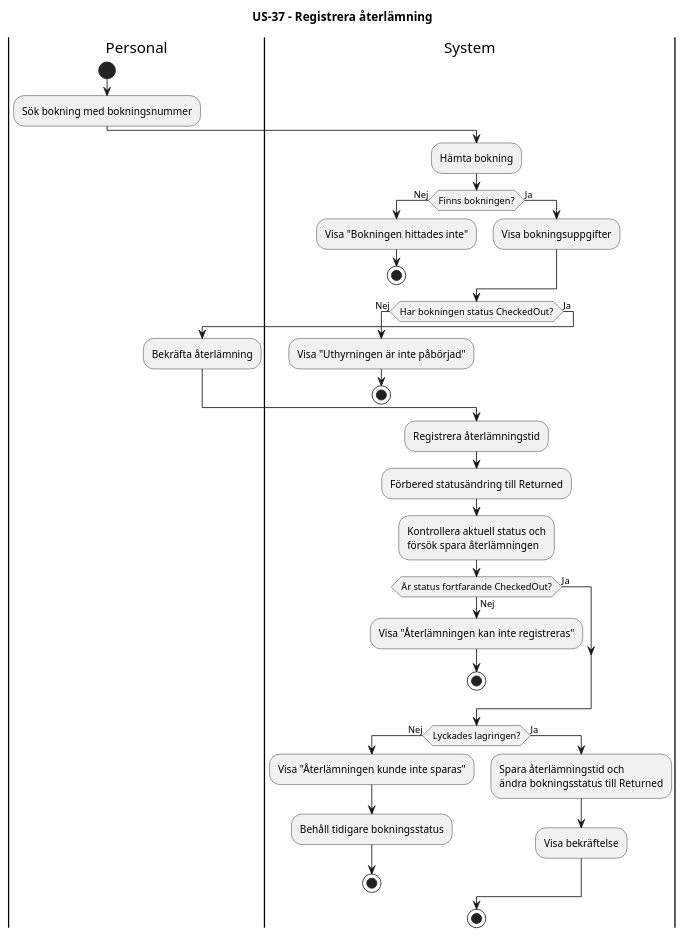
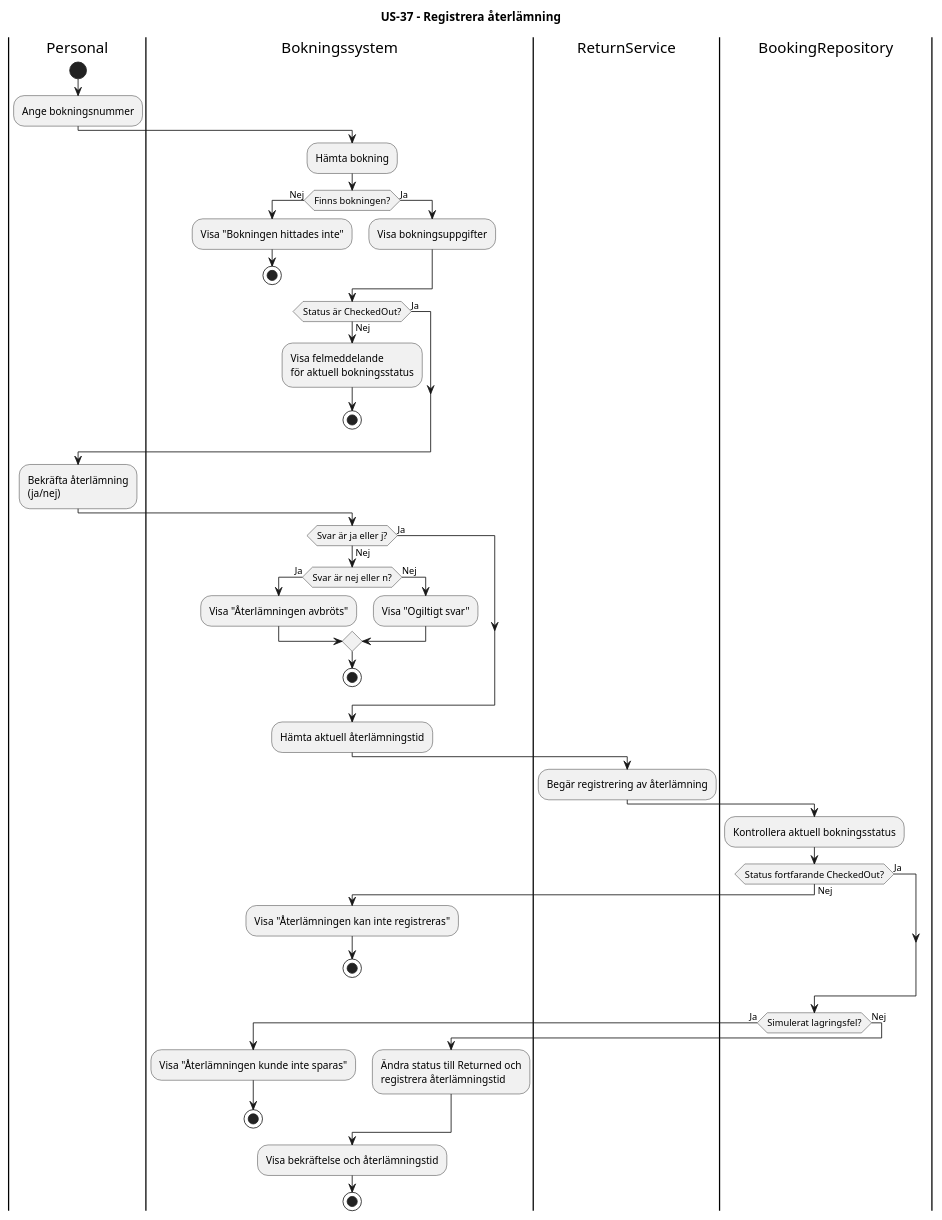
The diagram in SXX.BookingSystem/docs/uml/US-37-aktivitetsdiagram.puml (Peida-lab/SXX-BookingSystem-Individual), drawn with PlantUML before and after one commit.

Commit message:
Update activity diagram to match implementation

```diff
--- a/SXX.BookingSystem/docs/uml/US-37-aktivitetsdiagram.puml
+++ b/SXX.BookingSystem/docs/uml/US-37-aktivitetsdiagram.puml
@@ -2,50 +2,71 @@
 @startuml
 title US-37 - Registrera återlämning
 
+skinparam shadowing false
+
 |Personal|
 start
-:Sök bokning med bokningsnummer;
+:Ange bokningsnummer;
 
-|System|
+|Bokningssystem|
 :Hämta bokning;
 
 if (Finns bokningen?) then (Nej)
-  :Visa "Bokningen hittades inte";
-  stop
+    :Visa "Bokningen hittades inte";
+    stop
 else (Ja)
-  :Visa bokningsuppgifter;
+    :Visa bokningsuppgifter;
 endif
 
-if (Har bokningen status CheckedOut?) then (Nej)
-  :Visa "Uthyrningen är inte påbörjad";
-  stop
-else (Ja)
-  |Personal|
-  :Bekräfta återlämning;
-endif
-
-|System|
-:Registrera återlämningstid;
-:Förbered statusändring till Returned;
-
-:Kontrollera aktuell status och
-försök spara återlämningen;
-
-if (Är status fortfarande CheckedOut?) then (Nej)
-  :Visa "Återlämningen kan inte registreras";
-  stop
+if (Status är CheckedOut?) then (Nej)
+    :Visa felmeddelande
+    för aktuell bokningsstatus;
+    stop
 else (Ja)
 endif
 
-if (Lyckades lagringen?) then (Nej)
-  :Visa "Återlämningen kunde inte sparas";
-  :Behåll tidigare bokningsstatus;
-  stop
+|Personal|
+:Bekräfta återlämning
+(ja/nej);
+
+|Bokningssystem|
+if (Svar är ja eller j?) then (Nej)
+    if (Svar är nej eller n?) then (Ja)
+        :Visa "Återlämningen avbröts";
+    else (Nej)
+        :Visa "Ogiltigt svar";
+    endif
+    stop
 else (Ja)
-  :Spara återlämningstid och
-ändra bokningsstatus till Returned;
-  :Visa bekräftelse;
 endif
+
+:Hämta aktuell återlämningstid;
+
+|ReturnService|
+:Begär registrering av återlämning;
+
+|BookingRepository|
+:Kontrollera aktuell bokningsstatus;
+
+if (Status fortfarande CheckedOut?) then (Nej)
+    |Bokningssystem|
+    :Visa "Återlämningen kan inte registreras";
+    stop
+else (Ja)
+endif
+
+|BookingRepository|
+if (Simulerat lagringsfel?) then (Ja)
+    |Bokningssystem|
+    :Visa "Återlämningen kunde inte sparas";
+    stop
+else (Nej)
+    :Ändra status till Returned och
+    registrera återlämningstid;
+endif
+
+|Bokningssystem|
+:Visa bekräftelse och återlämningstid;
 
 stop
 @enduml
```
